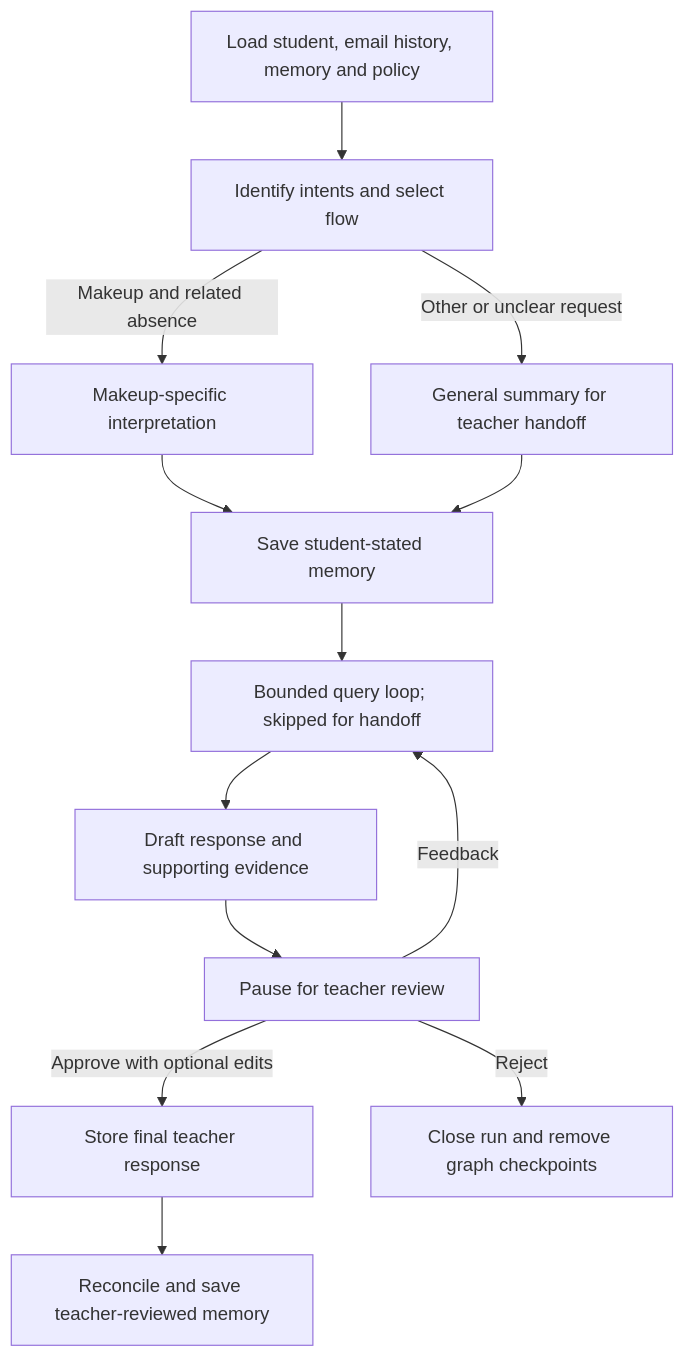
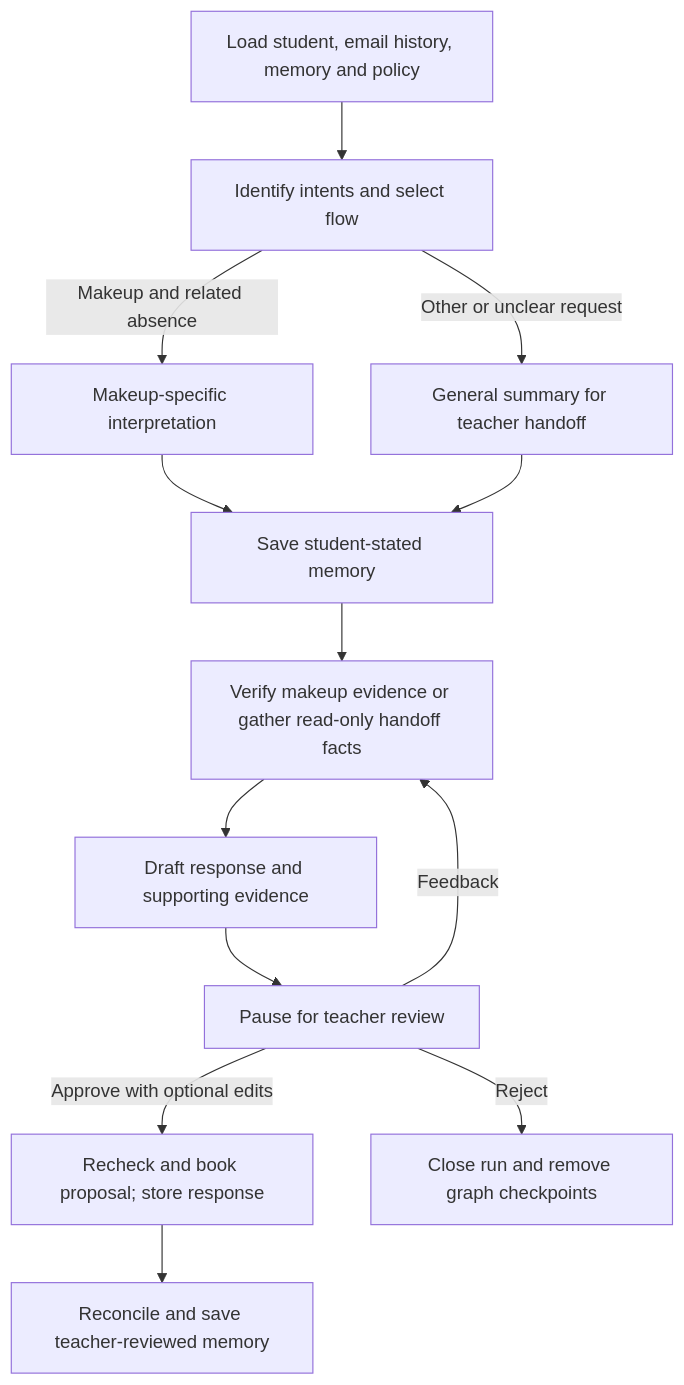
Before and after one commit to manjunjiangclara-cmyk/dance-studio-agent: the diagram in docs/03-makeup-workflow.md, drawn with Mermaid. The commit also changed other lines of this file and 107 other files, not shown here.

````diff
--- a/docs/03-makeup-workflow.md
+++ b/docs/03-makeup-workflow.md
@@ -5,15 +5,15 @@
 ```mermaid
 flowchart TD
     A[Load student, email history, memory and policy] --> R[Identify intents and select flow]
     R -->|Makeup and related absence| B[Makeup-specific interpretation]
     R -->|Other or unclear request| X[General summary for teacher handoff]
     B --> C[Save student-stated memory]
     X --> C
-    C --> D[Bounded query loop; skipped for handoff]
+    C --> D[Verify makeup evidence or gather read-only handoff facts]
     D --> E[Draft response and supporting evidence]
     E --> F[Pause for teacher review]
     F -->|Feedback| D
-    F -->|Approve with optional edits| G[Store final teacher response]
+    F -->|Approve with optional edits| G[Recheck and book proposal; store response]
     G --> H[Reconcile and save teacher-reviewed memory]
     F -->|Reject| I[Close run and remove graph checkpoints]
 ```
````
